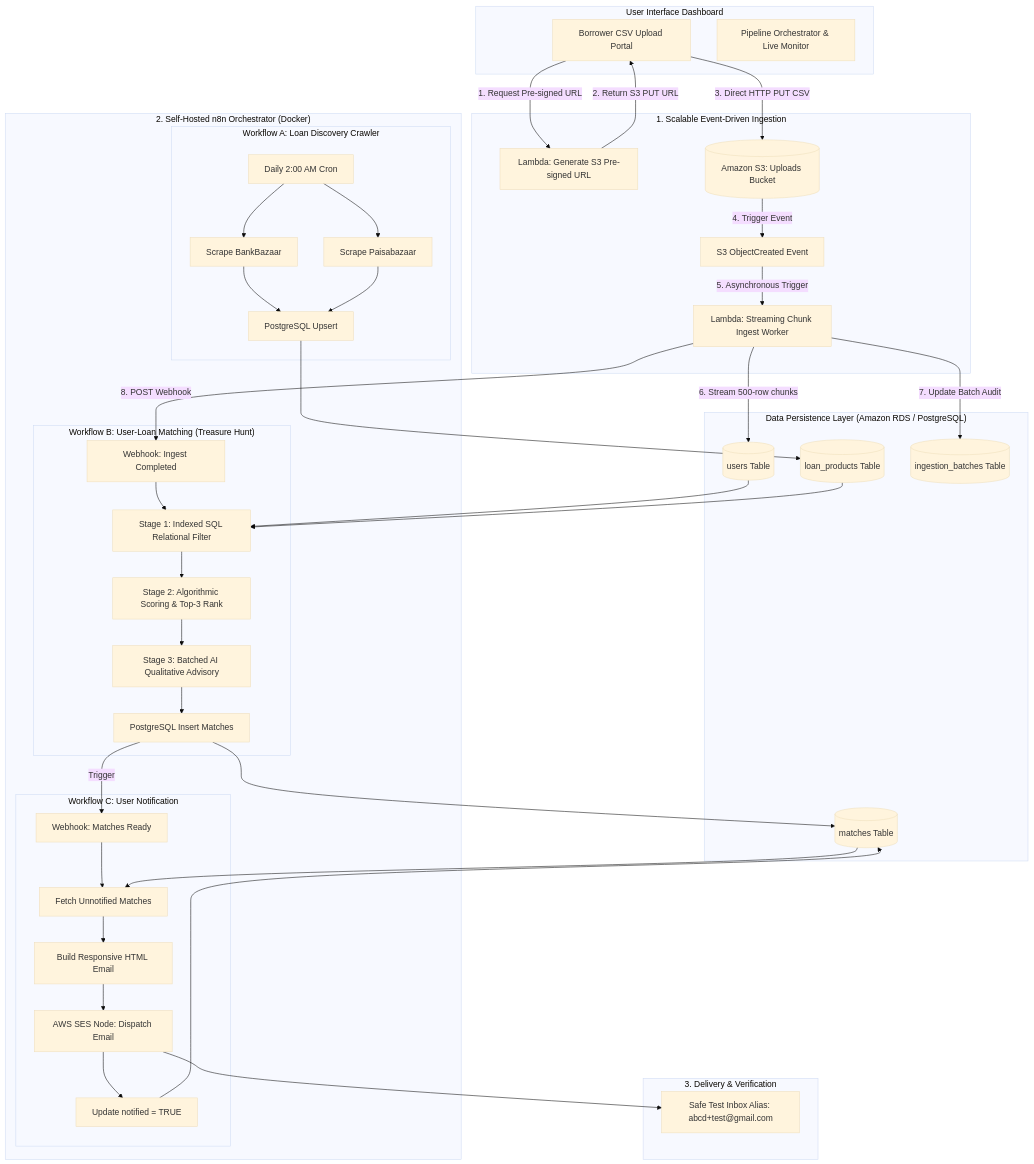
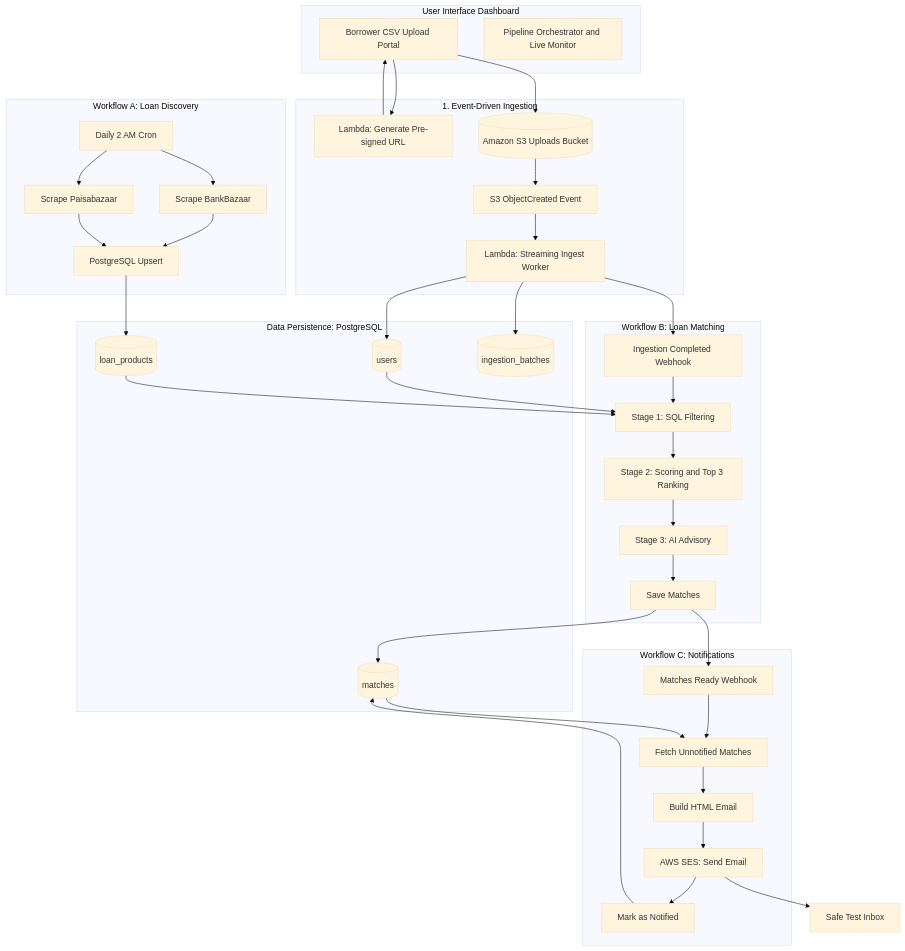
One commit to dharanitharan27/The-Loan-Eligibility-Engine changed the diagram in README.md. Above: the diagram before and after it, drawn with Mermaid (base theme). The commit also changed other lines of this file, not shown here.

Commit message:
Revise architecture diagram and repository layout
Updated architecture diagram and project repository layout in README.

````diff
--- a/README.md
+++ b/README.md
@@ -36,80 +36,78 @@
 ```mermaid
 flowchart TD
-    subgraph UI ["User Interface Dashboard"]
-        Client[Borrower CSV Upload Portal]
-        Console[Pipeline Orchestrator & Live Monitor]
+    subgraph UI["User Interface Dashboard"]
+        Client["Borrower CSV Upload Portal"]
+        Console["Pipeline Orchestrator and Live Monitor"]
     end
 
-    subgraph Ingestion ["1. Scalable Event-Driven Ingestion"]
-        Presign[Lambda: Generate S3 Pre-signed URL]
-        S3Bucket[(Amazon S3: Uploads Bucket)]
-        S3Event[S3 ObjectCreated Event]
-        IngestWorker[Lambda: Streaming Chunk Ingest Worker]
+    subgraph Ingestion["1. Event-Driven Ingestion"]
+        Presign["Lambda: Generate Pre-signed URL"]
+        S3Bucket[("Amazon S3 Uploads Bucket")]
+        S3Event["S3 ObjectCreated Event"]
+        IngestWorker["Lambda: Streaming Ingest Worker"]
     end
 
-    subgraph DB ["Data Persistence Layer (Amazon RDS / PostgreSQL)"]
-        UsersTable[(users Table)]
-        ProductsTable[(loan_products Table)]
-        MatchesTable[(matches Table)]
-        BatchesTable[(ingestion_batches Table)]
+    subgraph DB["Data Persistence: PostgreSQL"]
+        UsersTable[("users")]
+        ProductsTable[("loan_products")]
+        MatchesTable[("matches")]
+        BatchesTable[("ingestion_batches")]
     end
 
-    subgraph n8n ["2. Self-Hosted n8n Orchestrator (Docker)"]
-        subgraph WA ["Workflow A: Loan Discovery Crawler"]
-            CronTrigger[Daily 2:00 AM Cron]
-            ScrapeBankBazaar[Scrape BankBazaar]
-            ScrapePaisaBazaar[Scrape Paisabazaar]
-            UpsertProducts[PostgreSQL Upsert]
-        end
-
-        subgraph WB ["Workflow B: User-Loan Matching (Treasure Hunt)"]
-            MatchWebhook[Webhook: Ingest Completed]
-            Stage1SQL[Stage 1: Indexed SQL Relational Filter]
-            Stage2Score[Stage 2: Algorithmic Scoring & Top-3 Rank]
-            Stage3AI[Stage 3: Batched AI Qualitative Advisory]
-            SaveMatches[PostgreSQL Insert Matches]
-        end
-
-        subgraph WC ["Workflow C: User Notification"]
-            NotifyWebhook[Webhook: Matches Ready]
-            FetchCandidates[Fetch Unnotified Matches]
-            RenderHTML[Build Responsive HTML Email]
-            SendSES[AWS SES Node: Dispatch Email]
-            UpdateNotified[Update notified = TRUE]
-        end
+    subgraph WorkflowA["Workflow A: Loan Discovery"]
+        CronTrigger["Daily 2 AM Cron"]
+        ScrapeBankBazaar["Scrape BankBazaar"]
+        ScrapePaisaBazaar["Scrape Paisabazaar"]
+        UpsertProducts["PostgreSQL Upsert"]
     end
 
-    subgraph Target ["3. Delivery & Verification"]
-        TestInbox[Safe Test Inbox Alias: abcd+test@gmail.com]
+    subgraph WorkflowB["Workflow B: Loan Matching"]
+        MatchWebhook["Ingestion Completed Webhook"]
+        Stage1SQL["Stage 1: SQL Filtering"]
+        Stage2Score["Stage 2: Scoring and Top 3 Ranking"]
+        Stage3AI["Stage 3: AI Advisory"]
+        SaveMatches["Save Matches"]
     end
 
-    %% Flow connections
-    Client -->|1. Request Pre-signed URL| Presign
-    Presign -->|2. Return S3 PUT URL| Client
-    Client -->|3. Direct HTTP PUT CSV| S3Bucket
-    S3Bucket -->|4. Trigger Event| S3Event
-    S3Event -->|5. Asynchronous Trigger| IngestWorker
-    IngestWorker -->|6. Stream 500-row chunks| UsersTable
-    IngestWorker -->|7. Update Batch Audit| BatchesTable
-    IngestWorker -->|8. POST Webhook| MatchWebhook
+    subgraph WorkflowC["Workflow C: Notifications"]
+        NotifyWebhook["Matches Ready Webhook"]
+        FetchCandidates["Fetch Unnotified Matches"]
+        RenderHTML["Build HTML Email"]
+        SendSES["AWS SES: Send Email"]
+        UpdateNotified["Mark as Notified"]
+    end
 
-    CronTrigger --> ScrapeBankBazaar & ScrapePaisaBazaar
-    ScrapeBankBazaar & ScrapePaisaBazaar --> UpsertProducts
+    TestInbox["Safe Test Inbox"]
+
+    Client --> Presign
+    Presign --> Client
+    Client --> S3Bucket
+    S3Bucket --> S3Event
+    S3Event --> IngestWorker
+    IngestWorker --> UsersTable
+    IngestWorker --> BatchesTable
+    IngestWorker --> MatchWebhook
+
+    CronTrigger --> ScrapeBankBazaar
+    CronTrigger --> ScrapePaisaBazaar
+    ScrapeBankBazaar --> UpsertProducts
+    ScrapePaisaBazaar --> UpsertProducts
     UpsertProducts --> ProductsTable
 
     MatchWebhook --> Stage1SQL
-    UsersTable & ProductsTable --> Stage1SQL
+    UsersTable --> Stage1SQL
+    ProductsTable --> Stage1SQL
     Stage1SQL --> Stage2Score
     Stage2Score --> Stage3AI
     Stage3AI --> SaveMatches
     SaveMatches --> MatchesTable
-    SaveMatches -->|Trigger| NotifyWebhook
+    SaveMatches --> NotifyWebhook
 
     NotifyWebhook --> FetchCandidates
     MatchesTable --> FetchCandidates
     FetchCandidates --> RenderHTML
     RenderHTML --> SendSES
     SendSES --> TestInbox
     SendSES --> UpdateNotified
     UpdateNotified --> MatchesTable
 ```
````
